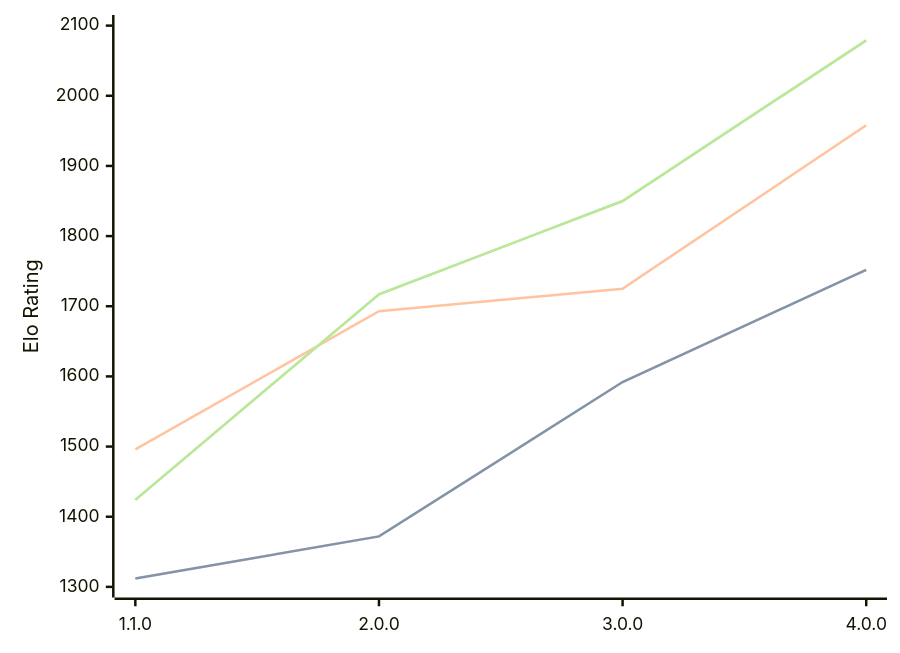
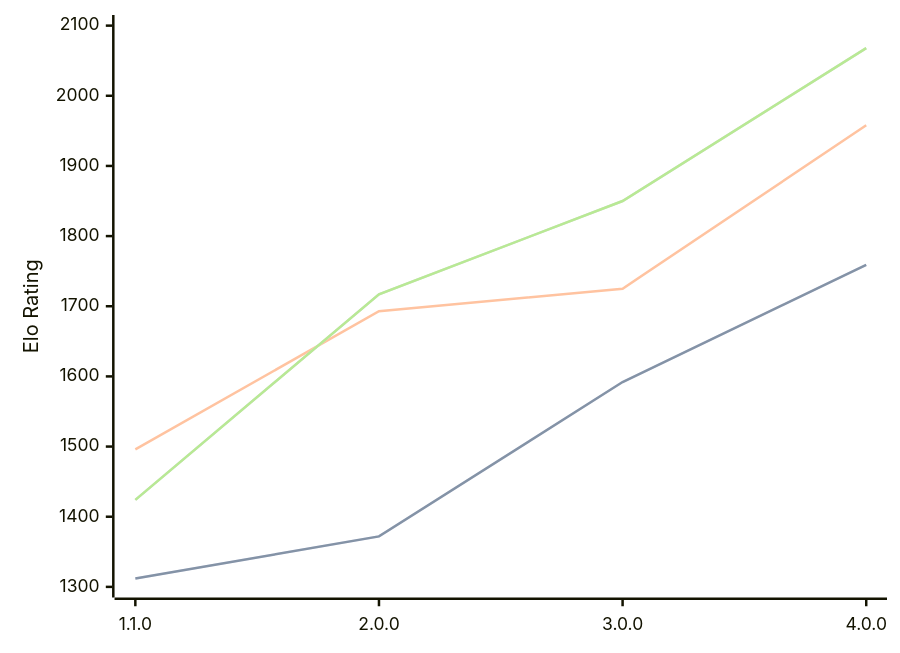
One commit to computer-chess-index/cci changed the diagram in engines/Laura.md. Above: the diagram before and after it, drawn with Mermaid. The commit also changed other lines of this file, not shown here.

Commit message:
Update CCI Ratings (ELO VLTC) - 2026-05-14

````diff
--- a/engines/Laura.md
+++ b/engines/Laura.md
@@ -35,11 +35,11 @@
 ```mermaid
 %%{init: {"theme":"base","themeVariables":{"seriesColors:['#a3a3a3','#222221','#faa371']}}}%%
 xychart-beta
   x-axis ["1.1.0", "2.0.0", "3.0.0", "4.0.0"]
   y-axis "Elo Rating" 1300 --> 2100
-  line "STC (8.0+0.08s)" [1312, 1372, 1592, 1752]
-  line "STC (8.0+0.08s)" [1312, 1372, 1592, 1752]
+  line "STC (8.0+0.08s)" [1312, 1372, 1592, 1759]
+  line "STC (8.0+0.08s)" [1312, 1372, 1592, 1759]
   line "LTC (60.0+0.60s)" [1496, 1693, 1725, 1958]
-  line "VLTC (2m24s+1.12s)" [1424, 1717, 1850, 2079]
-  line "VLTC (2m24s+1.12s)" [1424, 1717, 1850, 2079]
+  line "VLTC (2m24s+1.12s)" [1424, 1717, 1850, 2068]
+  line "VLTC (2m24s+1.12s)" [1424, 1717, 1850, 2068]
 ```
````
